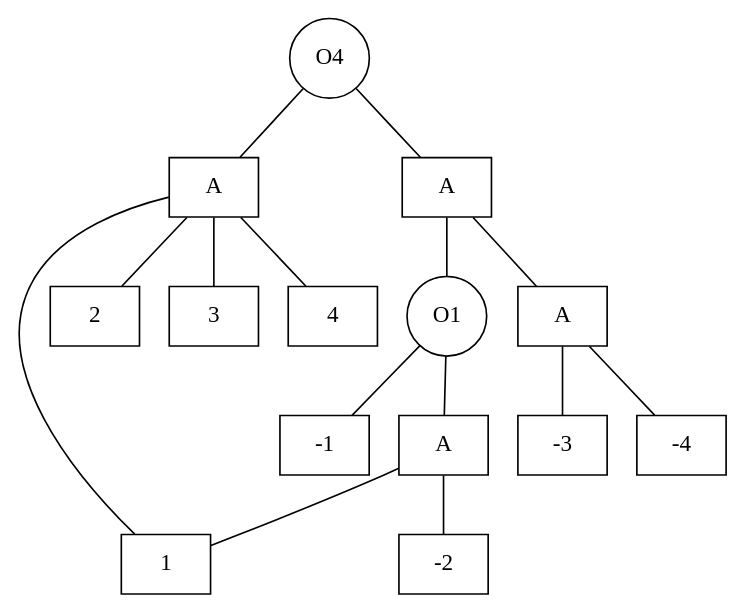
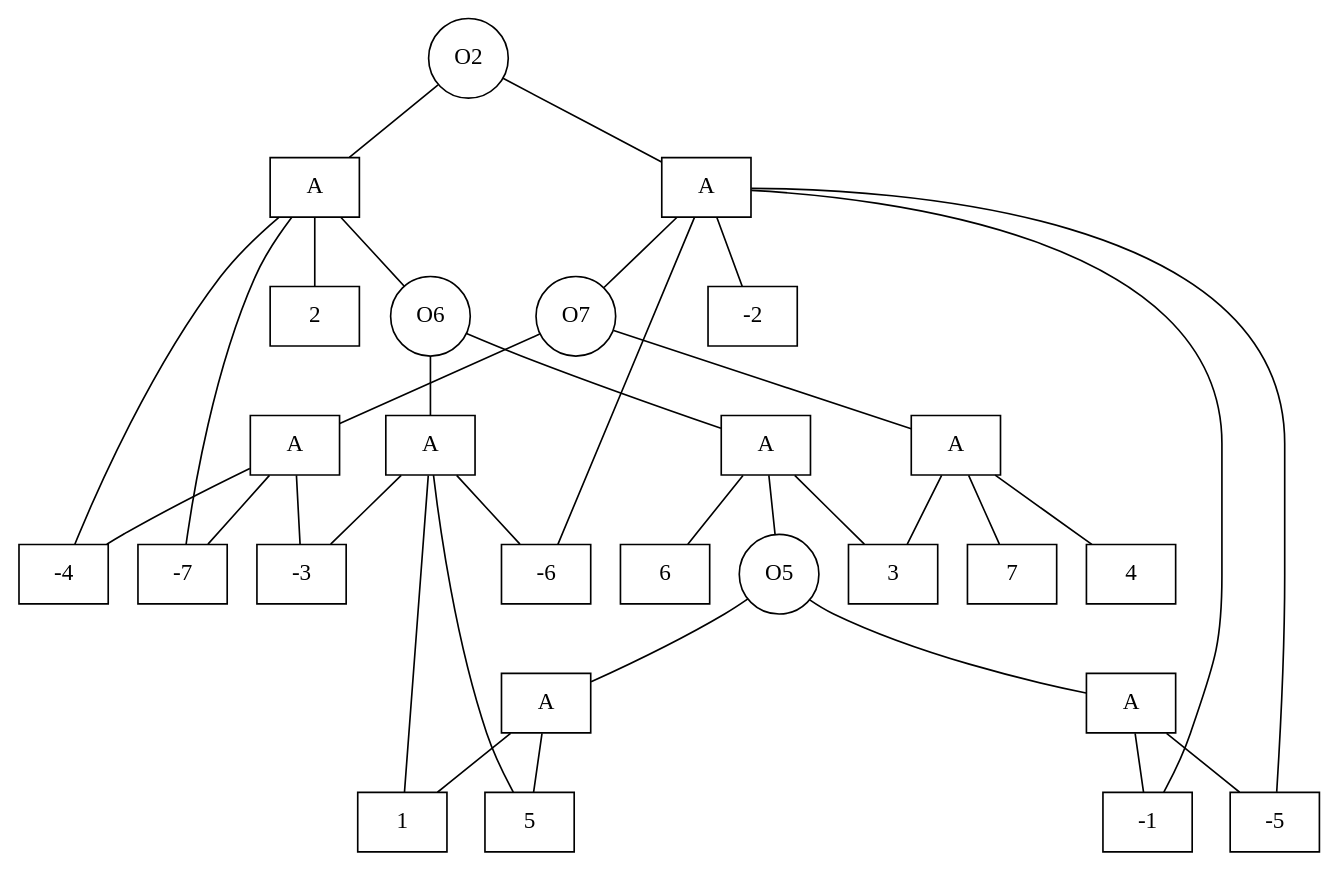
Before and after one commit to damianoazzolini/aspmc: the diagram in to_dot.dot, drawn with Graphviz. The commit also changed 483 other files, not shown here.

```diff
--- a/to_dot.dot
+++ b/to_dot.dot
@@ -1,30 +1,62 @@
 graph "obdd"{
 "1" [label="1", shape=box];
 "2" [label="2", shape=box];
 "3" [label="3", shape=box];
 "4" [label="4", shape=box];
-"5" [label="A", shape=box];
-"5" -- "4";
-"5" -- "3";
-"5" -- "2";
-"5" -- "1";
-"6" [label="-1", shape=box];
-"7" [label="-2", shape=box];
-"8" [label="A", shape=box];
-"8" -- "7";
-"8" -- "1";
-"9" [label="O1", shape=circle];
-"9" -- "8";
-"9" -- "6";
+"5" [label="5", shape=box];
+"6" [label="6", shape=box];
+"7" [label="7", shape=box];
+"8" [label="-1", shape=box];
+"9" [label="-2", shape=box];
 "10" [label="-3", shape=box];
 "11" [label="-4", shape=box];
-"12" [label="A", shape=box];
-"12" -- "11";
-"12" -- "10";
-"13" [label="A", shape=box];
-"13" -- "12";
-"13" -- "9";
-"14" [label="O4", shape=circle];
-"14" -- "13";
-"14" -- "5";
+"12" [label="-5", shape=box];
+"13" [label="-6", shape=box];
+"14" [label="-7", shape=box];
+"15" [label="A", shape=box];
+"15" -- "5";
+"15" -- "1";
+"16" [label="A", shape=box];
+"16" -- "12";
+"16" -- "8";
+"17" [label="O5", shape=circle];
+"17" -- "16";
+"17" -- "15";
+"18" [label="A", shape=box];
+"18" -- "6";
+"18" -- "3";
+"18" -- "17";
+"19" [label="A", shape=box];
+"19" -- "13";
+"19" -- "10";
+"19" -- "5";
+"19" -- "1";
+"20" [label="O6", shape=circle];
+"20" -- "19";
+"20" -- "18";
+"21" [label="A", shape=box];
+"21" -- "14";
+"21" -- "11";
+"21" -- "2";
+"21" -- "20";
+"22" [label="A", shape=box];
+"22" -- "7";
+"22" -- "4";
+"22" -- "3";
+"23" [label="A", shape=box];
+"23" -- "14";
+"23" -- "11";
+"23" -- "10";
+"24" [label="O7", shape=circle];
+"24" -- "23";
+"24" -- "22";
+"25" [label="A", shape=box];
+"25" -- "9";
+"25" -- "24";
+"25" -- "13";
+"25" -- "12";
+"25" -- "8";
+"26" [label="O2", shape=circle];
+"26" -- "25";
+"26" -- "21";
 }
```
